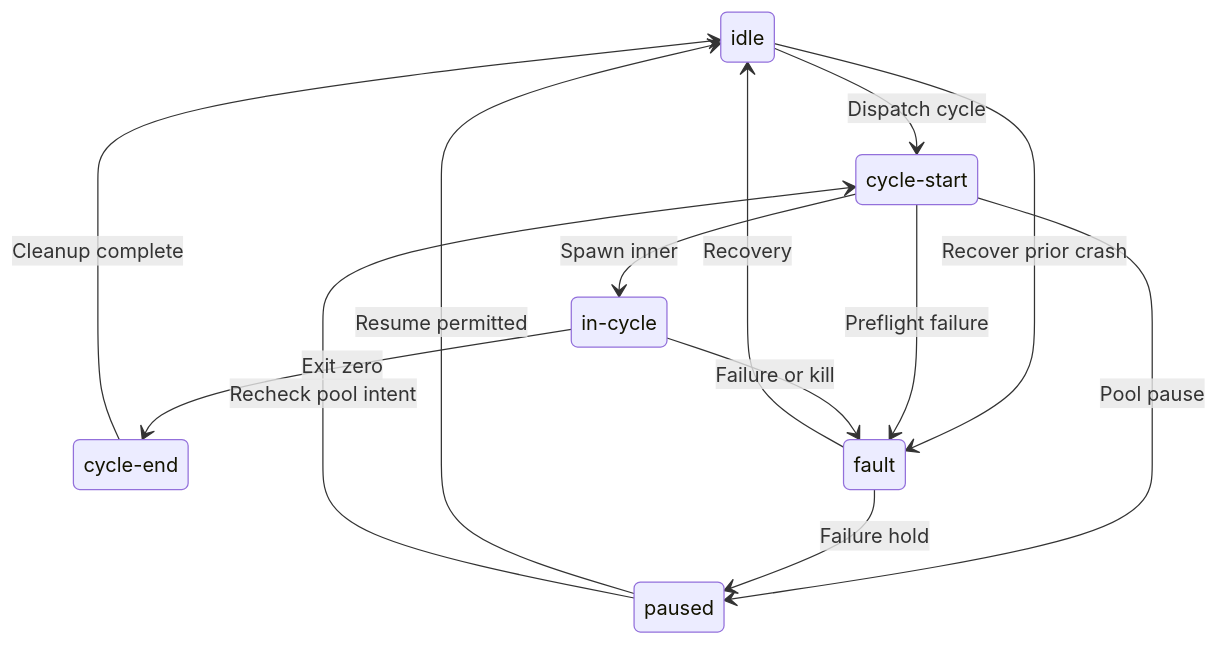
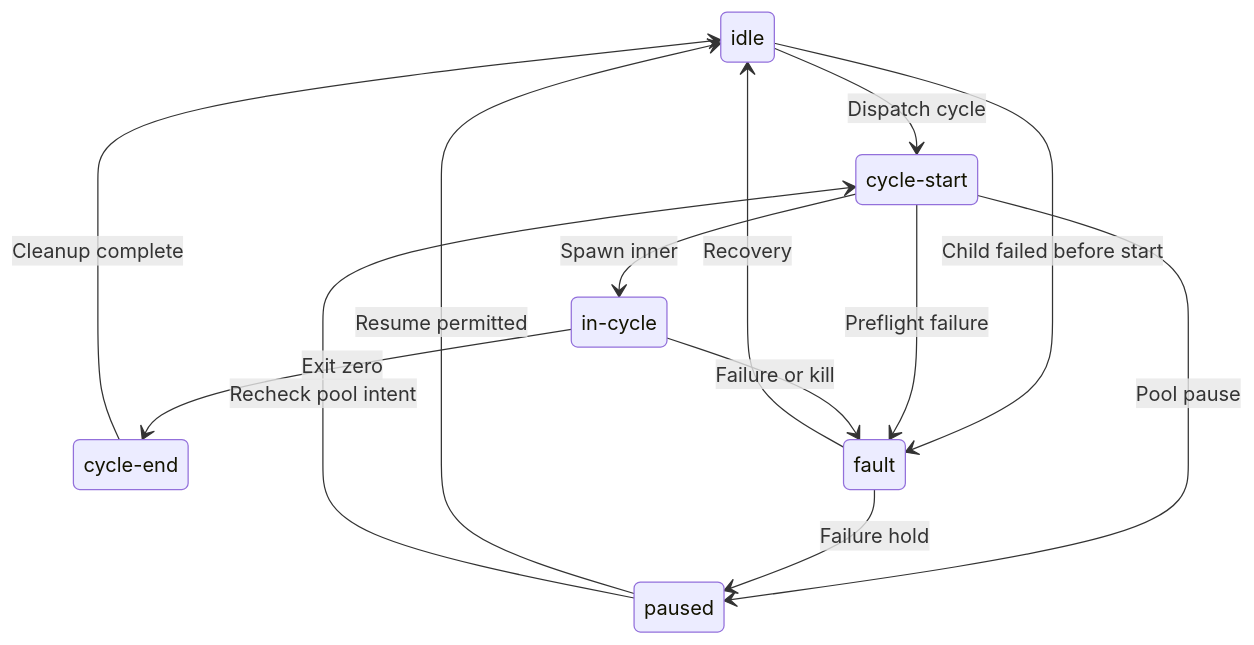
The first of 3 diagrams in docs/design/04-lifecycle-state.md (alissonsol/yuruna), drawn with Mermaid before and after one commit. The commit also changed other lines of this file and 930 other files, not shown here.

````diff
--- a/docs/design/04-lifecycle-state.md
+++ b/docs/design/04-lifecycle-state.md
@@ -9,21 +9,21 @@
 ```mermaid
 stateDiagram-v2
     state "idle" as idle
     state "cycle-start" as start
     state "in-cycle" as cycle
     state "cycle-end" as finish
     state "fault" as fault
     state "paused" as paused
     idle --> start: Dispatch cycle
-    idle --> fault: Recover prior crash
+    idle --> fault: Child failed before start
     start --> cycle: Spawn inner
     start --> fault: Preflight failure
     start --> paused: Pool pause
     cycle --> finish: Exit zero
     cycle --> fault: Failure or kill
     finish --> idle: Cleanup complete
     fault --> paused: Failure hold
     fault --> idle: Recovery
     paused --> idle: Resume permitted
     paused --> start: Recheck pool intent
 ```
````
